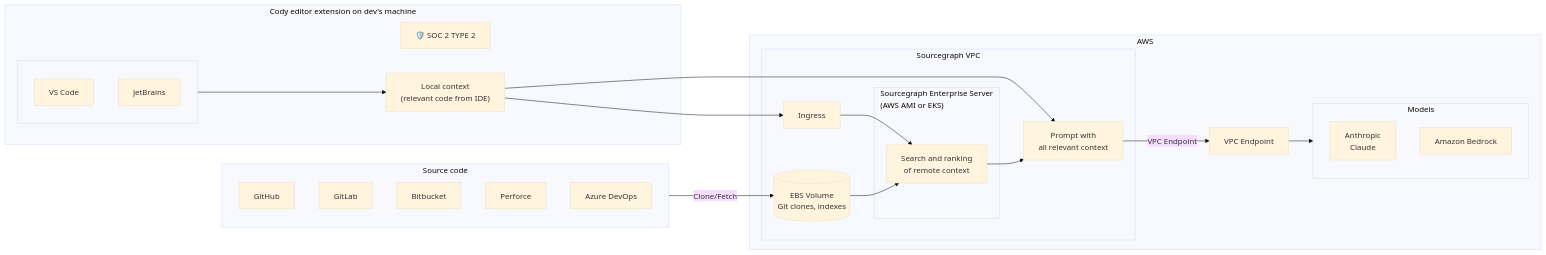
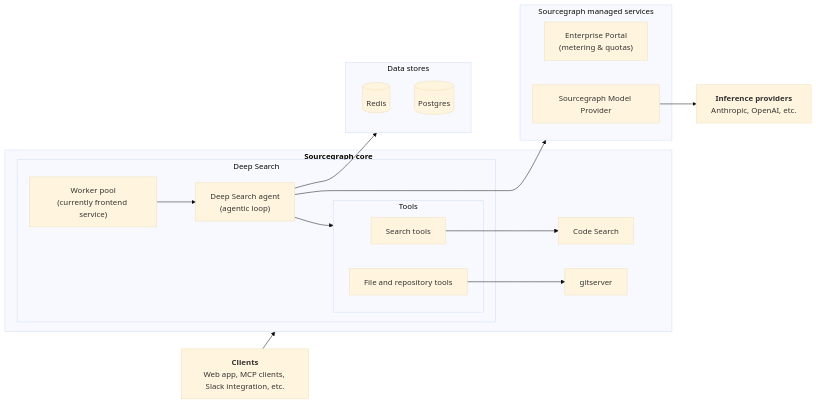
Before and after one commit to sourcegraph/docs: the third of 4 diagrams in docs/admin/architecture.mdx, drawn with Mermaid (base theme). The commit also changed other lines of this file and 14 other files, not shown here.

Commit message:
revamp architecture page

````diff
--- a/docs/admin/architecture.mdx
+++ b/docs/admin/architecture.mdx
@@ -373,45 +220,51 @@
 ```mermaid
 flowchart LR
-    subgraph DevMachine["Cody editor extension on dev's machine"]
-        SOC2Dev["🛡️ SOC 2 TYPE 2"]
-        LocalCtx["Local context<br/>(relevant code from IDE)"]
-        subgraph IDEs[" "]
-            VSCode["VS Code"]
-            JetBrains["JetBrains"]
+    %% Entry points
+    Clients["<b>Clients</b><br/>Web app, MCP clients, Slack integration, etc."]
+
+    subgraph Monolith["<b>Sourcegraph core</b>"]
+        subgraph DeepSearch["Deep Search"]
+            WorkerPool["Worker pool<br/>(currently frontend service)"]
+            Agent["Deep Search agent<br/>(agentic loop)"]
+
+            subgraph Tools["Tools"]
+                SearchTools["Search tools"]
+                RepoTools["File and repository tools"]
+            end
         end
+
+        CodeSearch["Code Search"]
+        click CodeSearch "#code-search"
+
+        Gitserver["gitserver"]
+        click Gitserver "#repository-syncing"
     end
 
-    subgraph CodeHosts["Source code"]
-        GitHub["GitHub"]
-        GitLab["GitLab"]
-        Bitbucket["Bitbucket"]
-        Perforce["Perforce"]
-        Azure["Azure DevOps"]
+    subgraph Storage["Data stores"]
+        Redis[("Redis")]
+        Postgres[("Postgres")]
     end
 
-    subgraph AWS["AWS"]
-        subgraph VPC["Sourcegraph VPC"]
-            Ingress["Ingress"]
-            subgraph SG["Sourcegraph Enterprise Server<br/>(AWS AMI or EKS)"]
-                SearchRank["Search and ranking<br/>of remote context"]
-            end
-            EBS[("EBS Volume<br/>Git clones, indexes")]
-            Prompt["Prompt with<br/>all relevant context"]
-        end
-        VPCEndpoint["VPC Endpoint"]
-        subgraph Models["Models"]
-            Claude["Anthropic<br/>Claude"]
-            Bedrock["Amazon Bedrock"]
-        end
+    subgraph ManagedServices["Sourcegraph&nbsp;managed&nbsp;services"]
+        EnterprisePortal["Enterprise Portal<br/>(metering & quotas)"]
+        click EnterprisePortal "#enterprise-portal"
+
+        ModelProvider["Sourcegraph Model Provider"]
+        click ModelProvider "#model-provider"
     end
 
-    IDEs --> LocalCtx
-    LocalCtx --> Ingress
-    LocalCtx --> Prompt
-    Ingress --> SearchRank
-    CodeHosts -->|Clone/Fetch| EBS
-    EBS --> SearchRank
-    SearchRank --> Prompt
-    Prompt -->|VPC Endpoint| VPCEndpoint
-    VPCEndpoint --> Models
+    InferenceProviders["<b>Inference providers</b><br/>Anthropic, OpenAI, etc."]
+
+    %% Connections
+    Clients --> Monolith
+    WorkerPool --> Agent
+    Agent ---> ManagedServices
+    Agent --> Storage
+    Agent --> Tools
+
+    SearchTools --> CodeSearch
+    RepoTools --> Gitserver
+
+
+    ModelProvider --> InferenceProviders
 ```
````
